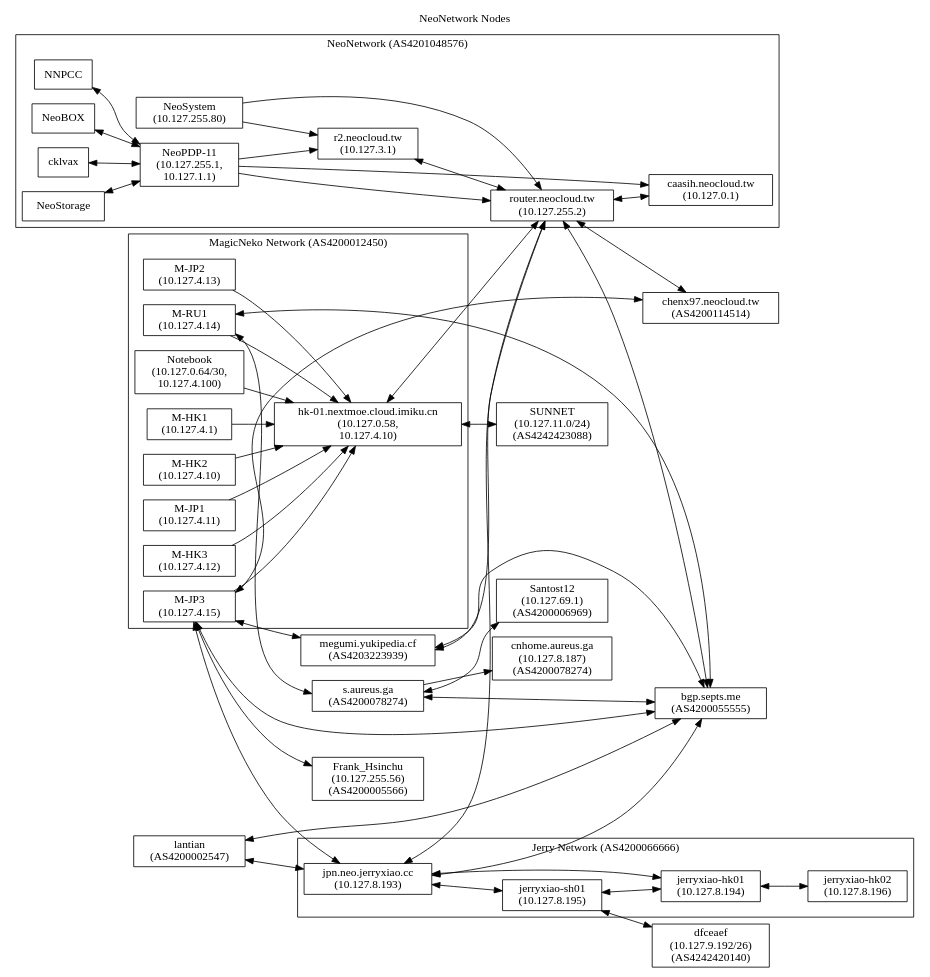
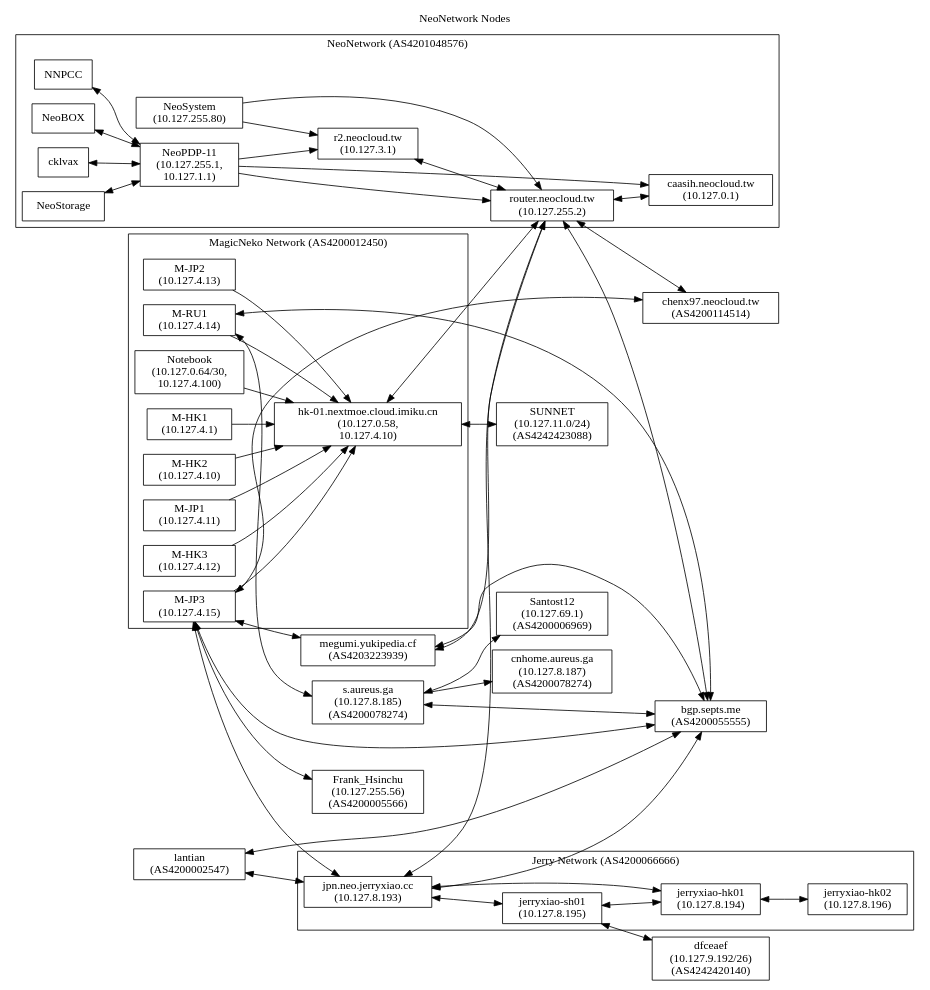
Before and after one commit to NeoCloud/NeoNetwork: the diagram in nodes.dot, drawn with Graphviz.

Commit message:
Add IP Address

```diff
--- a/nodes.dot
+++ b/nodes.dot
@@ -1,98 +1,98 @@
 digraph "NeoNetwork Nodes"
 {
 	label="NeoNetwork Nodes";
 	labelloc="t";
 	rankdir=LR;
 	node [shape=box]
 	c [label="caasih.neocloud.tw\n(10.127.0.1)"]
 	ucbvax [label="router.neocloud.tw\n(10.127.255.2)"]
 	np11 [label="NeoPDP-11\n(10.127.255.1,\n10.127.1.1)"]
 	ns [label="NeoSystem\n(10.127.255.80)"]
 	megumiLHS [label="megumi.yukipedia.cf\n(AS4203223939)"]
 	pan [label="r2.neocloud.tw\n(10.127.3.1)"]
 	icecat_Explosion [label="hk-01.nextmoe.cloud.imiku.cn\n(10.127.0.58,\n10.127.4.10)"]
 	icecat_Notebook [label="Notebook\n(10.127.0.64/30,\n10.127.4.100)"]
 	magicneko_HK01 [label="M-HK1\n(10.127.4.1)"]
 	magicneko_HK02 [label="M-HK2\n(10.127.4.10)"]
 	magicneko_JP01 [label="M-JP1\n(10.127.4.11)"]
 	magicneko_HK03 [label="M-HK3\n(10.127.4.12)"]
 	magicneko_JP02 [label="M-JP2\n(10.127.4.13)"]
 	magicneko_RU01 [label="M-RU1\n(10.127.4.14)"]
 	magicneko_JP03 [label="M-JP3\n(10.127.4.15)"]
-	staph [label="s.aureus.ga\n(AS4200078274)"]
+	staph [label="s.aureus.ga\n(10.127.8.185)\n(AS4200078274)"]
 	staph_CN [label="cnhome.aureus.ga\n(10.127.8.187)\n(AS4200078274)"]
 	chenx97 [label="chenx97.neocloud.tw\n(AS4200114514)"]
 	JerryXiao [label="jpn.neo.jerryxiao.cc\n(10.127.8.193)"]
 	JerryXiao_SH01 [label="jerryxiao-sh01\n(10.127.8.195)"]
 	JerryXiao_HK01 [label="jerryxiao-hk01\n(10.127.8.194)"]
 	JerryXiao_HK02 [label="jerryxiao-hk02\n(10.127.8.196)"]
 	septs [label="bgp.septs.me\n(AS4200055555)"]
 	lantian [label="lantian\n(AS4200002547)"]
 	dfceaef [label="dfceaef\n(10.127.9.192/26)\n(AS4242420140)"]
 	SUNNET [label="SUNNET\n(10.127.11.0/24)\n(AS4242423088)"]
 	santost12 [label="Santost12\n(10.127.69.1)\n(AS4200006969)"]
 	frank_hsinchu [label="Frank_Hsinchu\n(10.127.255.56)\n(AS4200005566)"]
 	subgraph cluster_AS4201048576
 	{
 		label = "NeoNetwork (AS4201048576)";
 
 		NNPCC -> np11 [dir=both]
 		NeoBOX -> np11 [dir=both]
 		cklvax -> np11 [dir=both]
 		NeoStorage -> np11 [dir=both]
 		np11 -> ucbvax
 		np11 -> pan
 		np11 -> c
 		ucbvax -> c [dir=both]
 		ns -> ucbvax
 		ns -> pan
 		pan -> ucbvax [dir=both]
 	}
 
 	megumiLHS -> ucbvax [dir=both]
 	icecat_Explosion -> ucbvax [dir=both]
 	staph -> staph_CN
 	ucbvax -> chenx97 [dir=both]
 
 	subgraph cluster_AS4200012450
 	{
 		label="MagicNeko Network (AS4200012450)";
 
 		magicneko_HK01-> icecat_Explosion
 		magicneko_HK02-> icecat_Explosion
 		magicneko_JP01 -> icecat_Explosion
 		magicneko_HK03 -> icecat_Explosion
 		magicneko_JP02 -> icecat_Explosion
 		magicneko_RU01 -> icecat_Explosion
 		magicneko_JP03 -> icecat_Explosion
 		icecat_Notebook -> icecat_Explosion
 	}
 
 	subgraph cluster_AS4200066666
 	{
 		label="Jerry Network (AS4200066666)";
 
 		JerryXiao -> JerryXiao_SH01 [dir=both]
 		JerryXiao -> JerryXiao_HK01 [dir=both]
 		JerryXiao_SH01 -> JerryXiao_HK01 [dir=both]
 		JerryXiao_HK01 -> JerryXiao_HK02 [dir=both]
 	}
 
 	JerryXiao -> ucbvax [dir=both]
 	JerryXiao -> septs [dir=both]
 	JerryXiao_SH01 -> dfceaef [dir=both]
 	magicneko_JP03 -> JerryXiao [dir=both]
 	lantian -> septs [dir=both]
 	lantian -> JerryXiao [dir=both]
 	magicneko_JP03 -> septs [dir=both]
 	staph -> septs [dir=both]
 	ucbvax -> septs [dir=both]
 	magicneko_JP03 -> chenx97 [dir=both]
 	magicneko_RU01 -> staph [dir=both]
 	megumiLHS -> septs [dir=both]
 	icecat_Explosion -> SUNNET [dir=both]
 	staph -> santost12 [dir=both]
 	magicneko_RU01 -> septs [dir=both]
 	magicneko_JP03 -> megumiLHS [dir=both]
     magicneko_JP03 -> frank_hsinchu [dir=both]
 }
```
